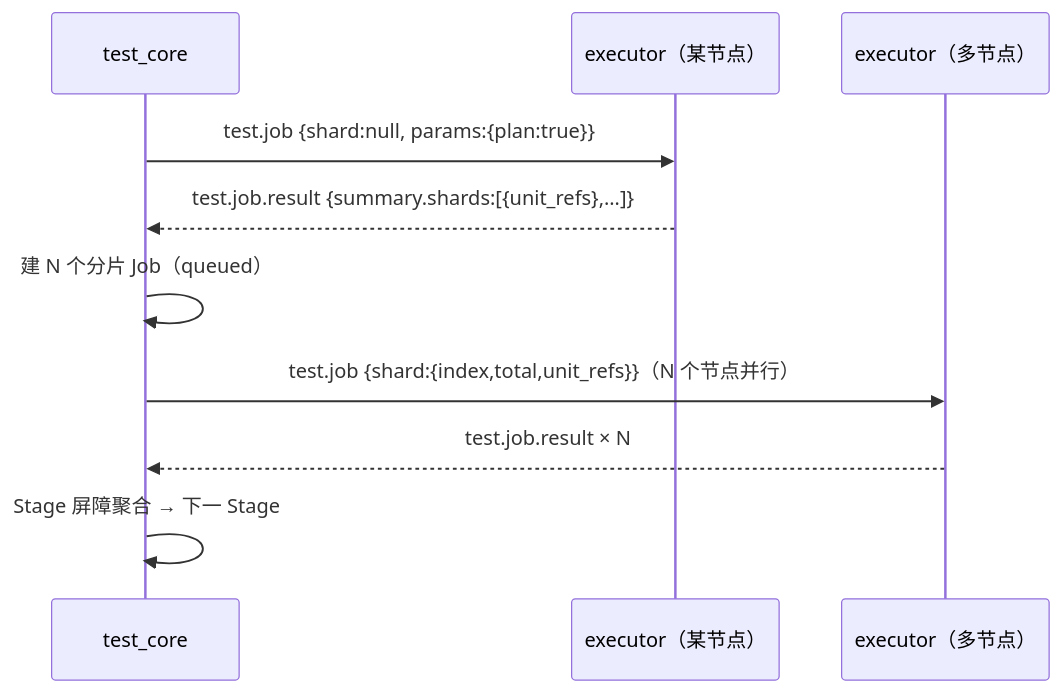
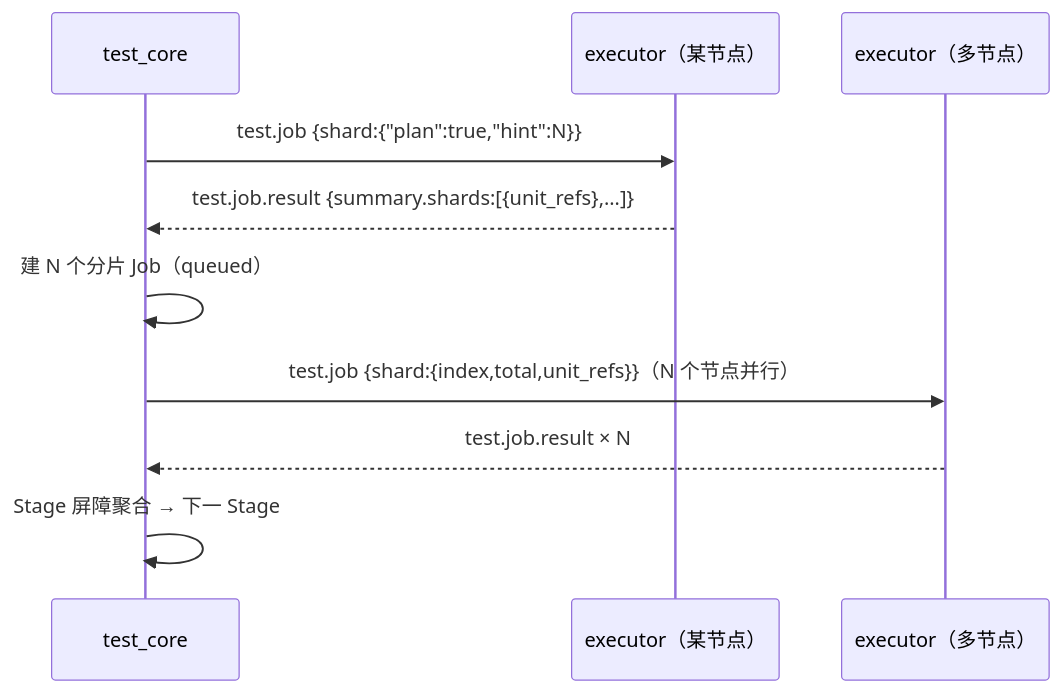
Before and after one commit to fshoocn/aetp: the fourth of 4 diagrams in master_plugins/test_core/DESIGN.md, drawn with Mermaid. The commit also changed other lines of this file and 4 other files, not shown here.

First line of the commit message:
fix(test-core): shard.hint 断链——持久化并透传进 plan Job 载荷

````diff
--- a/master_plugins/test_core/DESIGN.md
+++ b/master_plugins/test_core/DESIGN.md
@@ -413,12 +413,12 @@
 ```mermaid
 sequenceDiagram
     participant C as test_core
     participant E as executor（某节点）
     participant W as executor（多节点）
-    C->>E: test.job {shard:null, params:{plan:true}}
+    C->>E: test.job {shard:{"plan":true,"hint":N}}
     E-->>C: test.job.result {summary.shards:[{unit_refs},…]}
     C->>C: 建 N 个分片 Job（queued）
     C->>W: test.job {shard:{index,total,unit_refs}}（N 个节点并行）
     W-->>C: test.job.result × N
     C->>C: Stage 屏障聚合 → 下一 Stage
 ```
````
